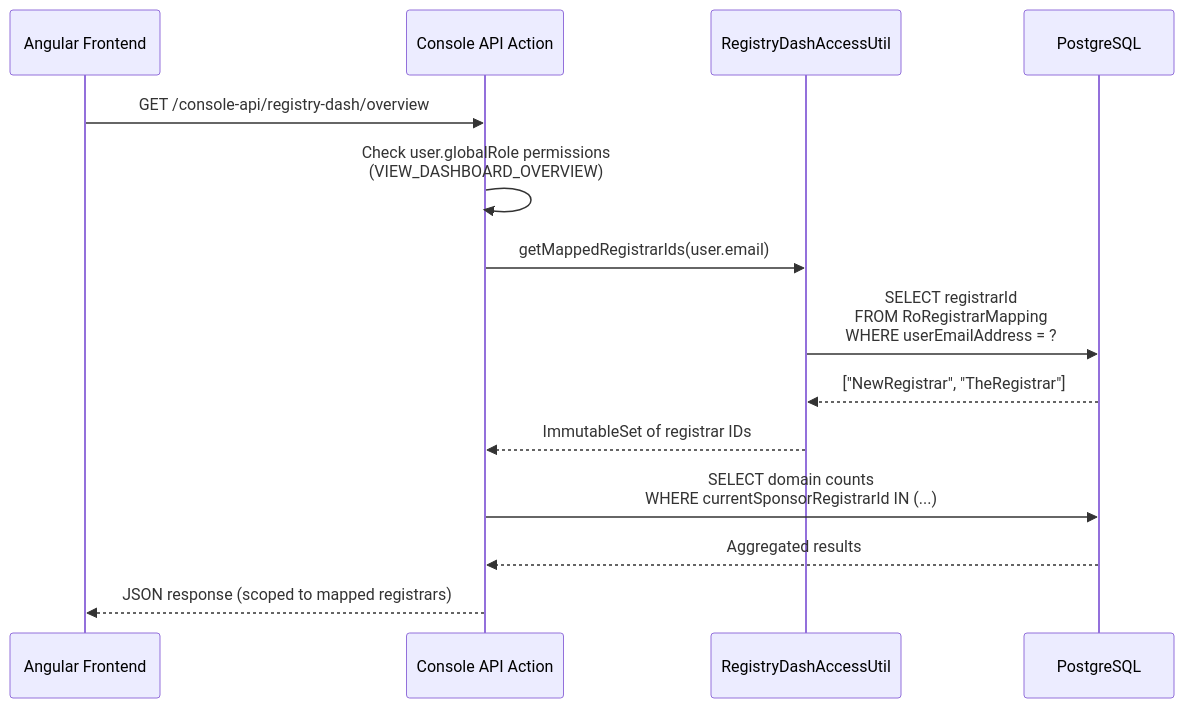
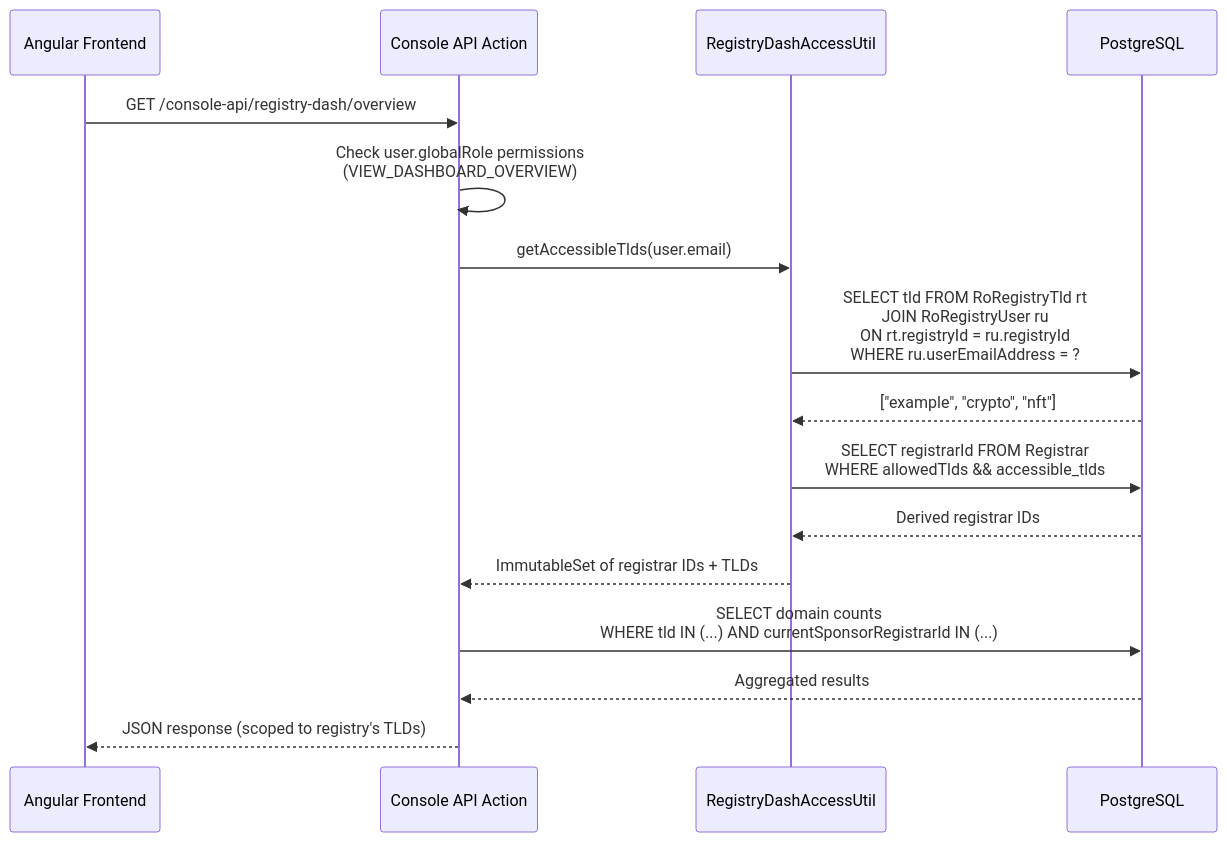
Before and after one commit to unstoppabledomains/nomulus: the third of 6 diagrams in docs/registry-dash-data-model.md, drawn with Mermaid. The commit also changed other lines of this file and 1 other file, not shown here.

````diff
--- a/docs/registry-dash-data-model.md
+++ b/docs/registry-dash-data-model.md
@@ -125,17 +146,19 @@
 ```mermaid
 sequenceDiagram
     participant Browser as Angular Frontend
     participant API as Console API Action
     participant Util as RegistryDashAccessUtil
     participant DB as PostgreSQL
 
     Browser->>API: GET /console-api/registry-dash/overview
     API->>API: Check user.globalRole permissions<br/>(VIEW_DASHBOARD_OVERVIEW)
-    API->>Util: getMappedRegistrarIds(user.email)
-    Util->>DB: SELECT registrarId<br/>FROM RoRegistrarMapping<br/>WHERE userEmailAddress = ?
-    DB-->>Util: ["NewRegistrar", "TheRegistrar"]
-    Util-->>API: ImmutableSet of registrar IDs
-    API->>DB: SELECT domain counts<br/>WHERE currentSponsorRegistrarId IN (...)
+    API->>Util: getAccessibleTlds(user.email)
+    Util->>DB: SELECT tld FROM RoRegistryTld rt<br/>JOIN RoRegistryUser ru<br/>ON rt.registryId = ru.registryId<br/>WHERE ru.userEmailAddress = ?
+    DB-->>Util: ["example", "crypto", "nft"]
+    Util->>DB: SELECT registrarId FROM Registrar<br/>WHERE allowedTlds && accessible_tlds
+    DB-->>Util: Derived registrar IDs
+    Util-->>API: ImmutableSet of registrar IDs + TLDs
+    API->>DB: SELECT domain counts<br/>WHERE tld IN (...) AND currentSponsorRegistrarId IN (...)
     DB-->>API: Aggregated results
-    API-->>Browser: JSON response (scoped to mapped registrars)
+    API-->>Browser: JSON response (scoped to registry's TLDs)
 ```
````
